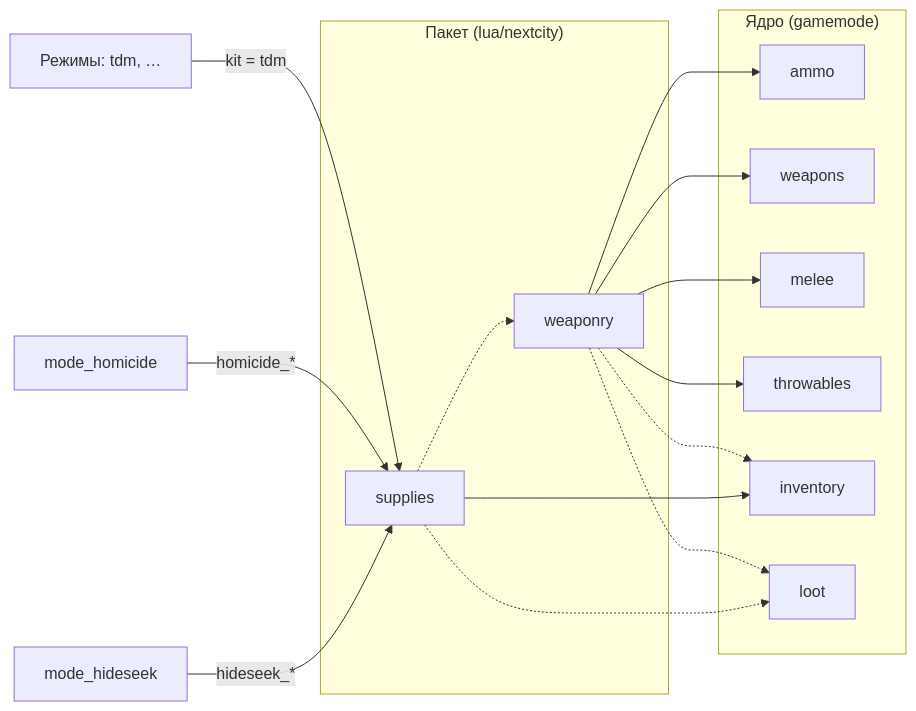
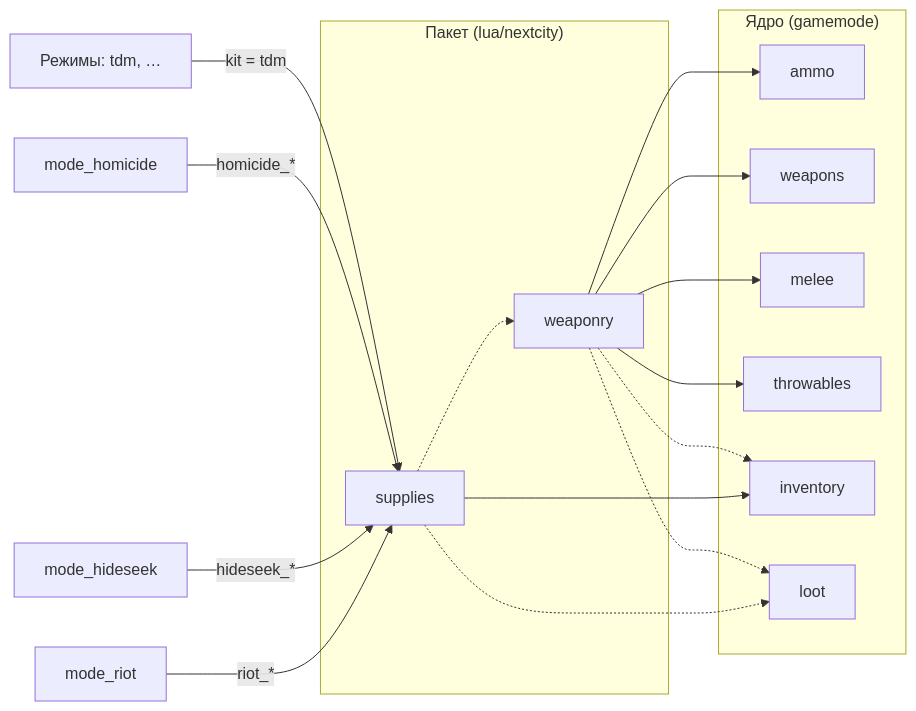
The diagram in lua/nextcity/README.md (vovawees/Next-City), drawn with Mermaid before and after one commit. The commit also changed other lines of this file and 18 other files, not shown here.

First line of the commit message:
feat(mode_riot): Riot with riot police tying up rioters, rioters freeing each other

````diff
--- a/lua/nextcity/README.md
+++ b/lua/nextcity/README.md
@@ -22,15 +24,16 @@
 ```mermaid
 flowchart LR
 	subgraph core["Ядро (gamemode)"]
 		A[ammo] & W[weapons] & M[melee] & T[throwables] & I[inventory] & L[loot]
 	end
 	subgraph pack["Пакет (lua/nextcity)"]
 		WY[weaponry] --> A & W & M & T
 		WY -.-> I & L
 		S[supplies] --> I
 		S -.-> L & WY
 	end
 	R["Режимы: tdm, …"] -- "kit = tdm" --> S
 	H[mode_homicide] -- "homicide_*" --> S
 	HS[mode_hideseek] -- "hideseek_*" --> S
+	RT[mode_riot] -- "riot_*" --> S
 ```
````
